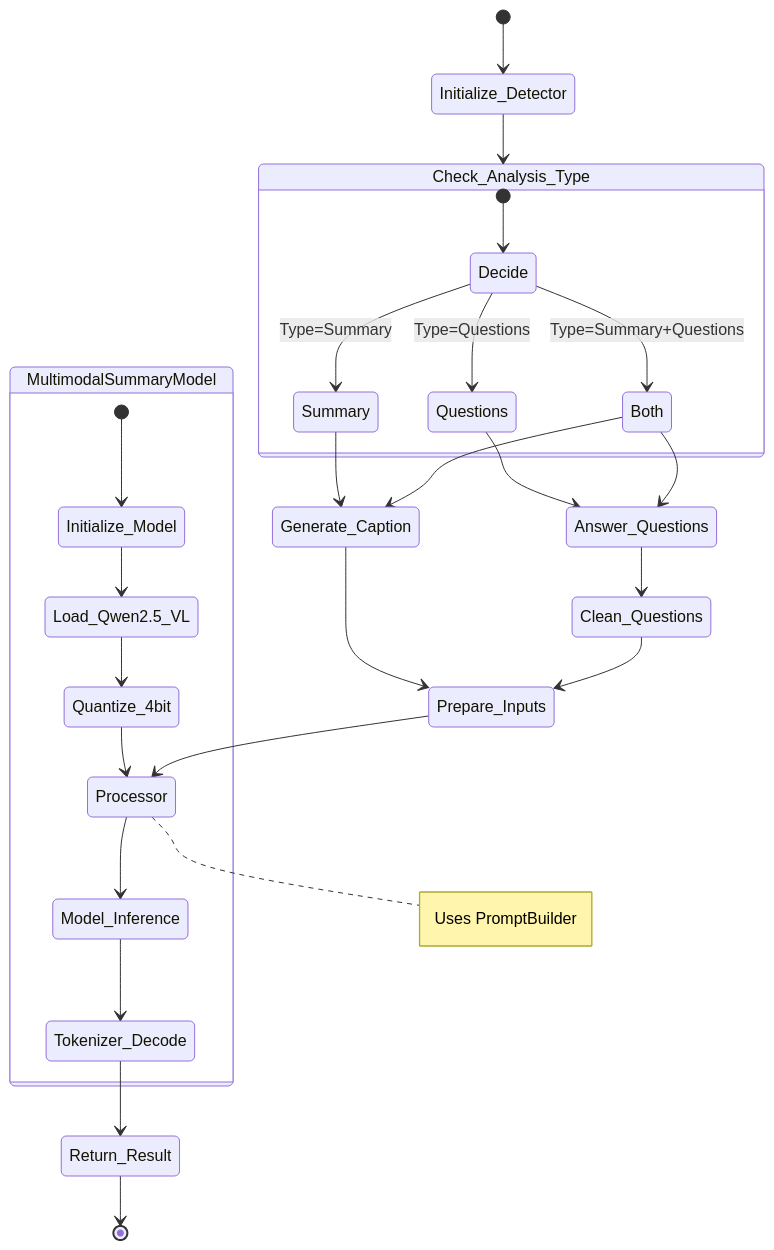
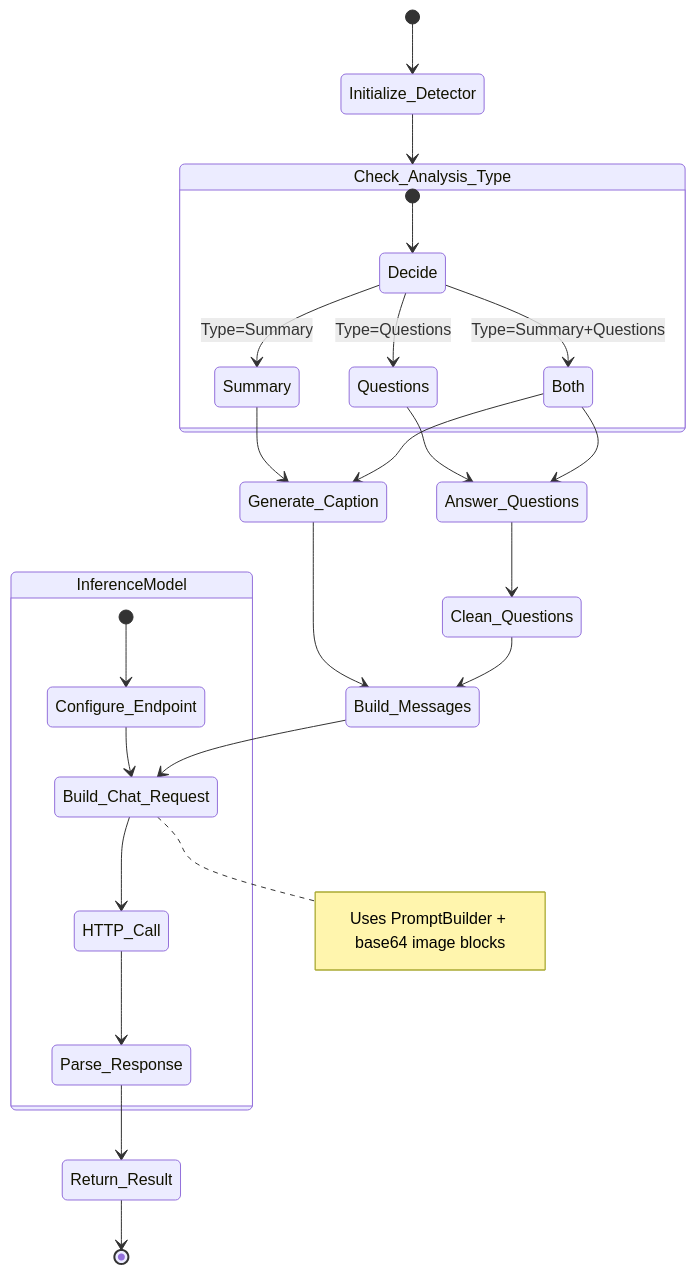
Before and after one commit to ssciwr/AMMICO: the diagram in docs/modules/image_summary.md, drawn with Mermaid. The commit also changed other lines of this file and 27 other files, not shown here.

````diff
--- a/docs/modules/image_summary.md
+++ b/docs/modules/image_summary.md
@@ -87,36 +90,34 @@
 ```mermaid
 stateDiagram-v2
     [*] --> Initialize_Detector
     Initialize_Detector --> Check_Analysis_Type
 
     state Check_Analysis_Type {
         [*] --> Decide
         Decide --> Summary : Type=Summary
         Decide --> Questions : Type=Questions
         Decide --> Both : Type=Summary+Questions
     }
 
     Summary --> Generate_Caption
     Questions --> Answer_Questions
     Both --> Generate_Caption
     Both --> Answer_Questions
 
-    Generate_Caption --> Prepare_Inputs
+    Generate_Caption --> Build_Messages
     Answer_Questions --> Clean_Questions
-    Clean_Questions --> Prepare_Inputs
+    Clean_Questions --> Build_Messages
 
-    state MultimodalSummaryModel {
-        [*] --> Initialize_Model
-        Initialize_Model --> Load_Qwen2.5_VL
-        Load_Qwen2.5_VL --> Quantize_4bit
-        Quantize_4bit --> Processor
-        Processor --> Model_Inference
-        Model_Inference --> Tokenizer_Decode
+    state InferenceModel {
+        [*] --> Configure_Endpoint
+        Configure_Endpoint --> Build_Chat_Request
+        Build_Chat_Request --> HTTP_Call
+        HTTP_Call --> Parse_Response
     }
 
-    Prepare_Inputs --> Processor
-    Tokenizer_Decode --> Return_Result
+    Build_Messages --> Build_Chat_Request
+    Parse_Response --> Return_Result
     Return_Result --> [*]
 
-    note right of Processor : Uses PromptBuilder
+    note right of Build_Chat_Request : Uses PromptBuilder + base64 image blocks
 ```
````
